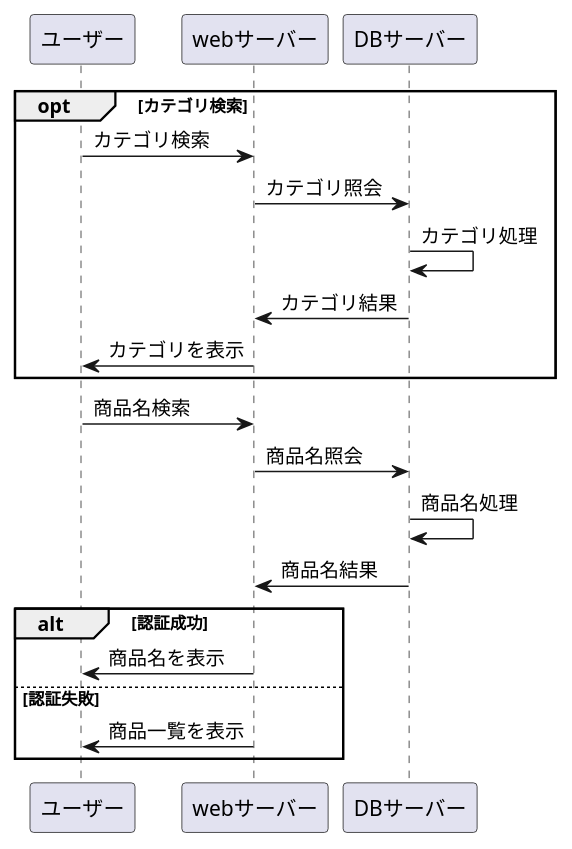
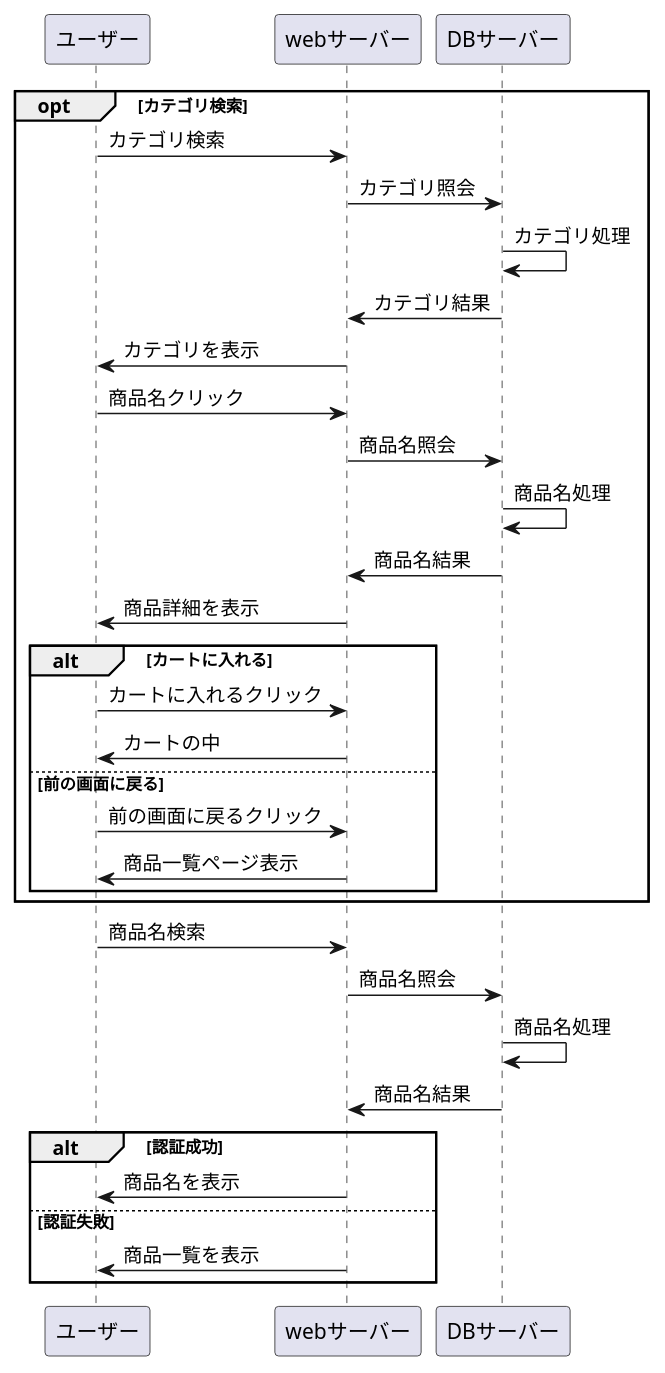
The diagram in myHP/gh-kounyuu-.md (Aso2001403/2021sys-design), drawn with PlantUML before and after one commit.

````diff
--- a/myHP/gh-kounyuu-.md
+++ b/myHP/gh-kounyuu-.md
@@ -1,23 +1,36 @@
 ```uml
 @startuml
 opt カテゴリ検索
 ユーザー -> webサーバー :カテゴリ検索
 webサーバー -> DBサーバー : カテゴリ照会
 DBサーバー -> DBサーバー : カテゴリ処理
 DBサーバー -> webサーバー : カテゴリ結果
 webサーバー -> ユーザー : カテゴリを表示
+ユーザー -> webサーバー : 商品名クリック
+webサーバー -> DBサーバー : 商品名照会
+DBサーバー -> DBサーバー : 商品名処理
+DBサーバー -> webサーバー : 商品名結果
+webサーバー -> ユーザー : 商品詳細を表示
+
+alt カートに入れる
+ ユーザー -> webサーバー :カートに入れるクリック
+ webサーバー -> ユーザー:カートの中
+ else 前の画面に戻る
+ ユーザー -> webサーバー :前の画面に戻るクリック
+ webサーバー -> ユーザー:商品一覧ページ表示
+ end
 end
 
 ユーザー -> webサーバー : 商品名検索
 webサーバー -> DBサーバー : 商品名照会
 DBサーバー -> DBサーバー : 商品名処理
 DBサーバー -> webサーバー : 商品名結果
 
 alt 認証成功
 webサーバー -> ユーザー : 商品名を表示
 else 認証失敗
 webサーバー -> ユーザー : 商品一覧を表示
 end
 
 @enduml
 ```
````
